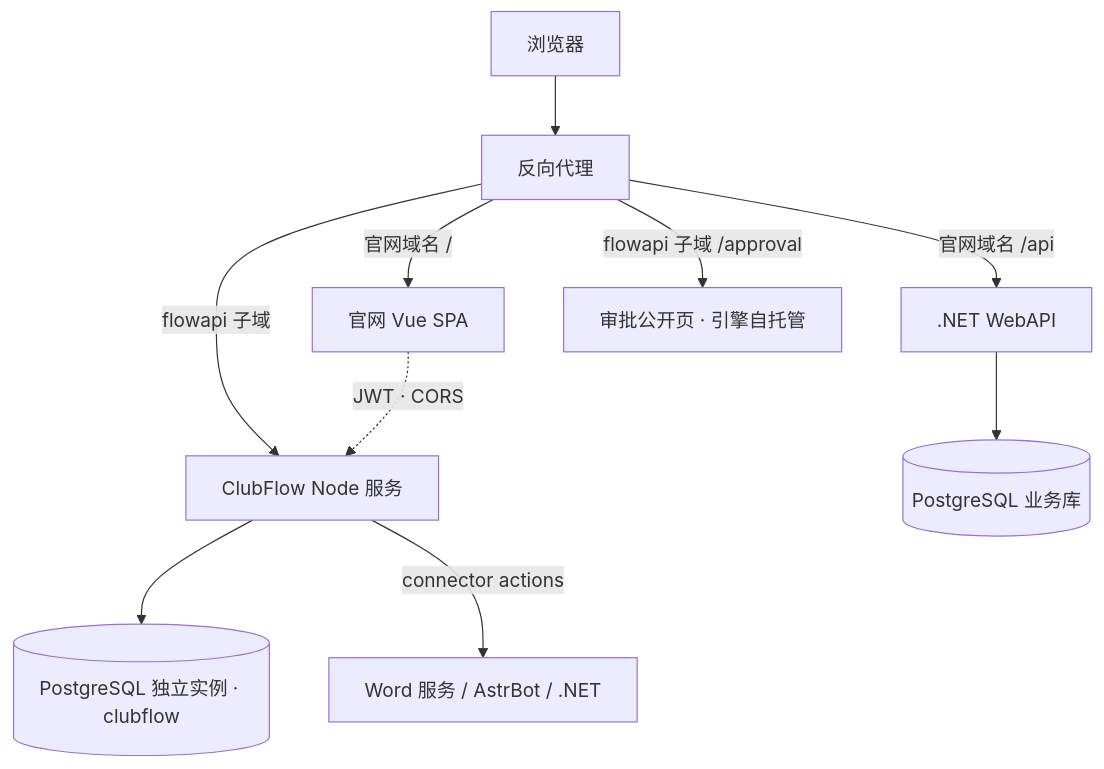
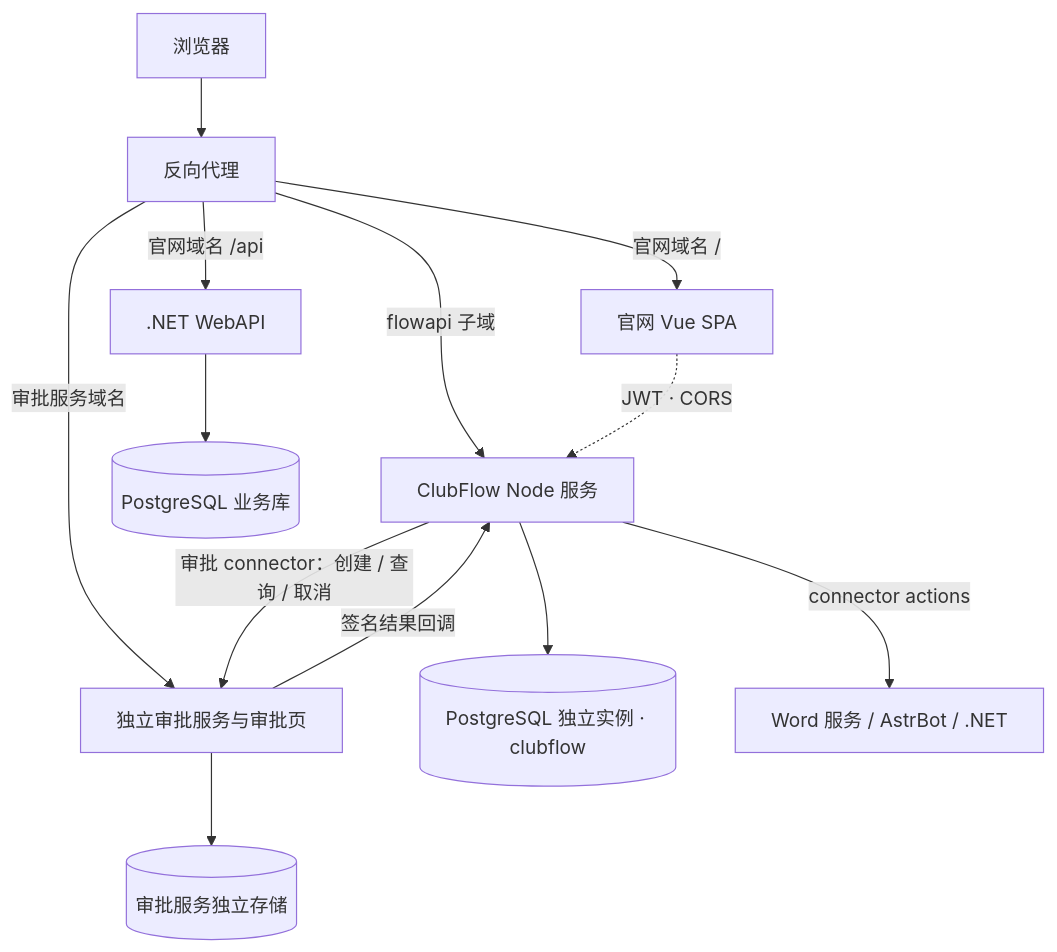
One commit to XAUAT-iOSClub/iOSClub.WebSite changed the diagram in docs/PRD-通用工作流引擎.md. Above: the diagram before and after it, drawn with Mermaid. The commit also changed other lines of this file and 1 other file, not shown here.

Commit message:
feat: 更新ClubFlow PRD文档，修改承载形态描述，调整文档版本至v0.13，新增审批连接器方案及异步契约细节

````diff
--- a/docs/PRD-通用工作流引擎.md
+++ b/docs/PRD-通用工作流引擎.md
@@ -161,12 +179,15 @@
 ```mermaid
 flowchart TB
   U[浏览器] --> N[反向代理]
   N -->|官网域名 /| SPA[官网 Vue SPA]
   N -->|官网域名 /api| API[.NET WebAPI]
   N -->|flowapi 子域| FLOW[ClubFlow Node 服务]
-  N -->|flowapi 子域 /approval| PUB[审批公开页 · 引擎自托管]
+  N -->|审批服务域名| APPROVAL[独立审批服务与审批页]
+  FLOW -->|审批 connector：创建 / 查询 / 取消| APPROVAL
+  APPROVAL -->|签名结果回调| FLOW
+  APPROVAL --> ADB[(审批服务独立存储)]
   SPA -.->|"JWT · CORS"| FLOW
   FLOW --> DB[(PostgreSQL 独立实例 · clubflow)]
   FLOW -->|connector actions| EXT[Word 服务 / AstrBot / .NET]
   API --> BIZ[(PostgreSQL 业务库)]
 ```
````
